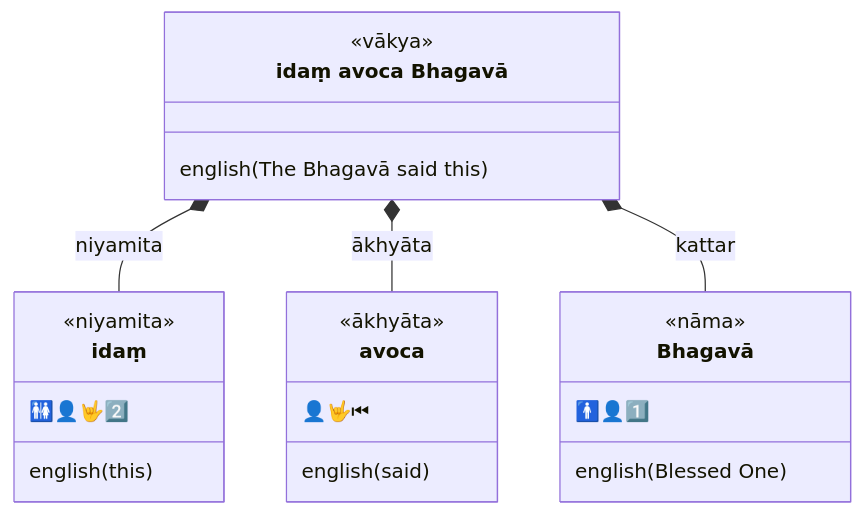
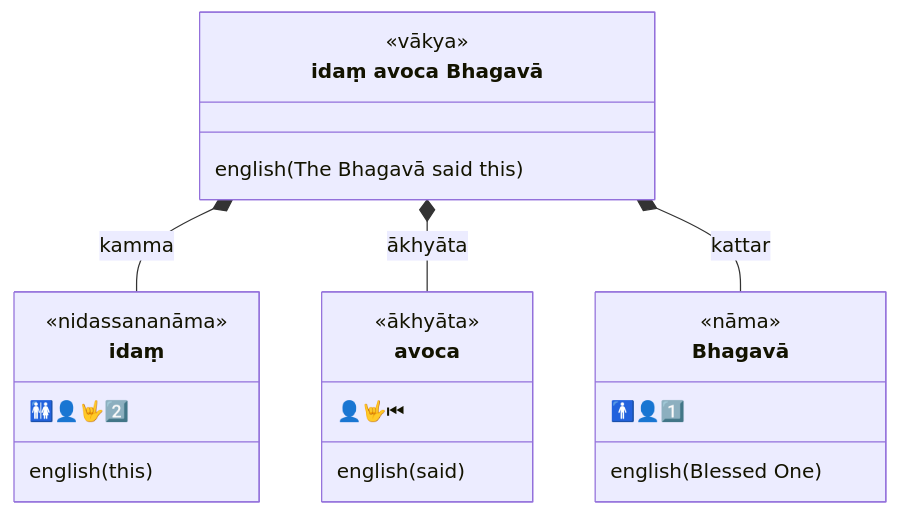
Diagram 13 of 60 in content/en/docs/Pali/sentences.md (ChristineTham/buddhavacana), drawn with Mermaid before and after one commit. The commit also changed other lines of this file and 3 other files, not shown here.

````diff
--- a/content/en/docs/Pali/sentences.md
+++ b/content/en/docs/Pali/sentences.md
@@ -444,25 +444,25 @@
 ```mermaid
 classDiagram
   class sentence["idaṃ avoca Bhagavā"] {
     <<vākya>>
     english(The Bhagavā said this)
   }
   class idaṃ {
-    <<niyamita>>
+    <<nidassananāma>>
     🚻👤🤟2️⃣
     english(this)
   }
   class avoca {
     <<ākhyāta>>
     👤🤟⏮
     english(said)
   }
   class Bhagavā {
     <<nāma>>
     🚹👤1️⃣
     english(Blessed One)
   }
-  sentence *-- idaṃ : niyamita
+  sentence *-- idaṃ : kamma
   sentence *-- avoca : ākhyāta
   sentence *-- Bhagavā : kattar
 ```
````
